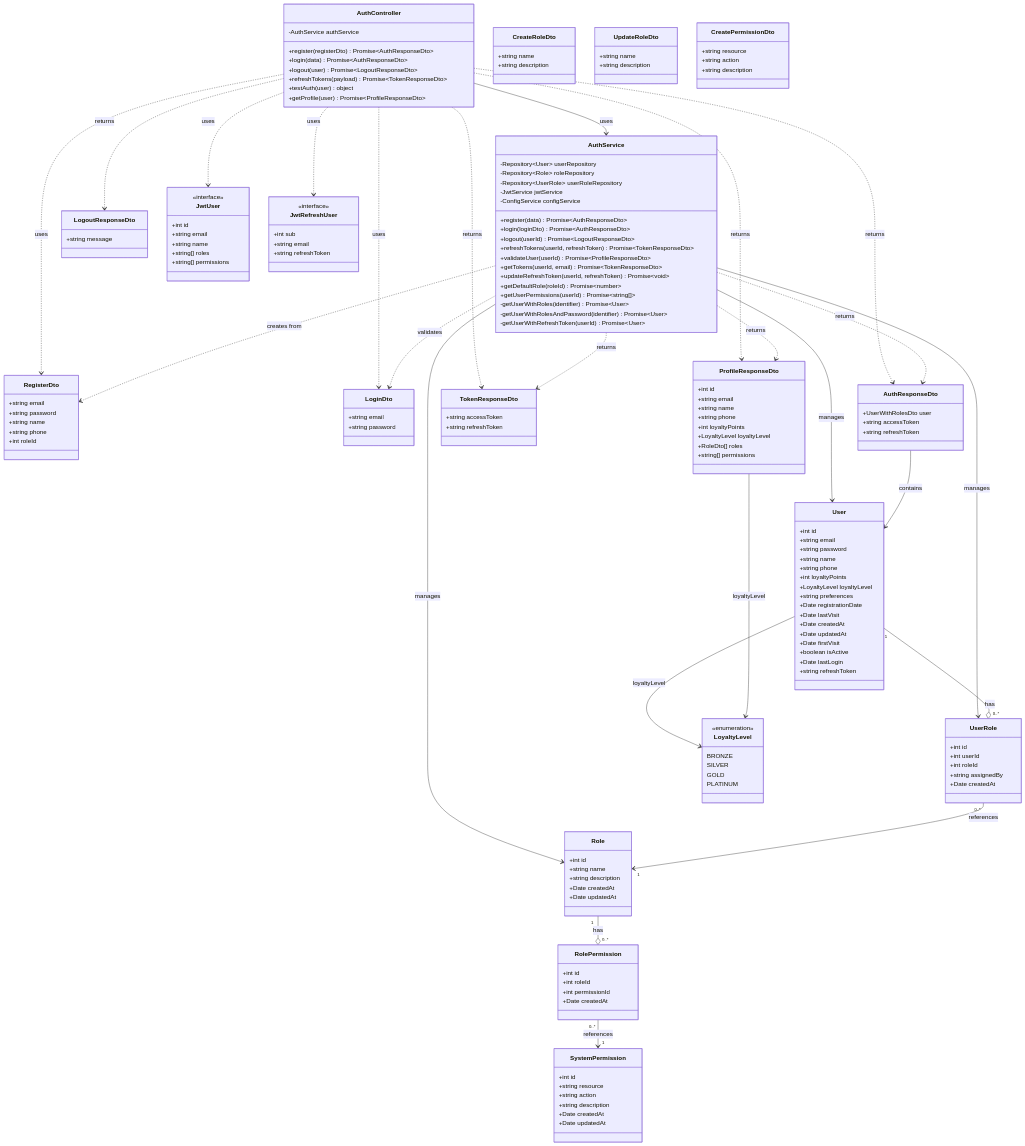
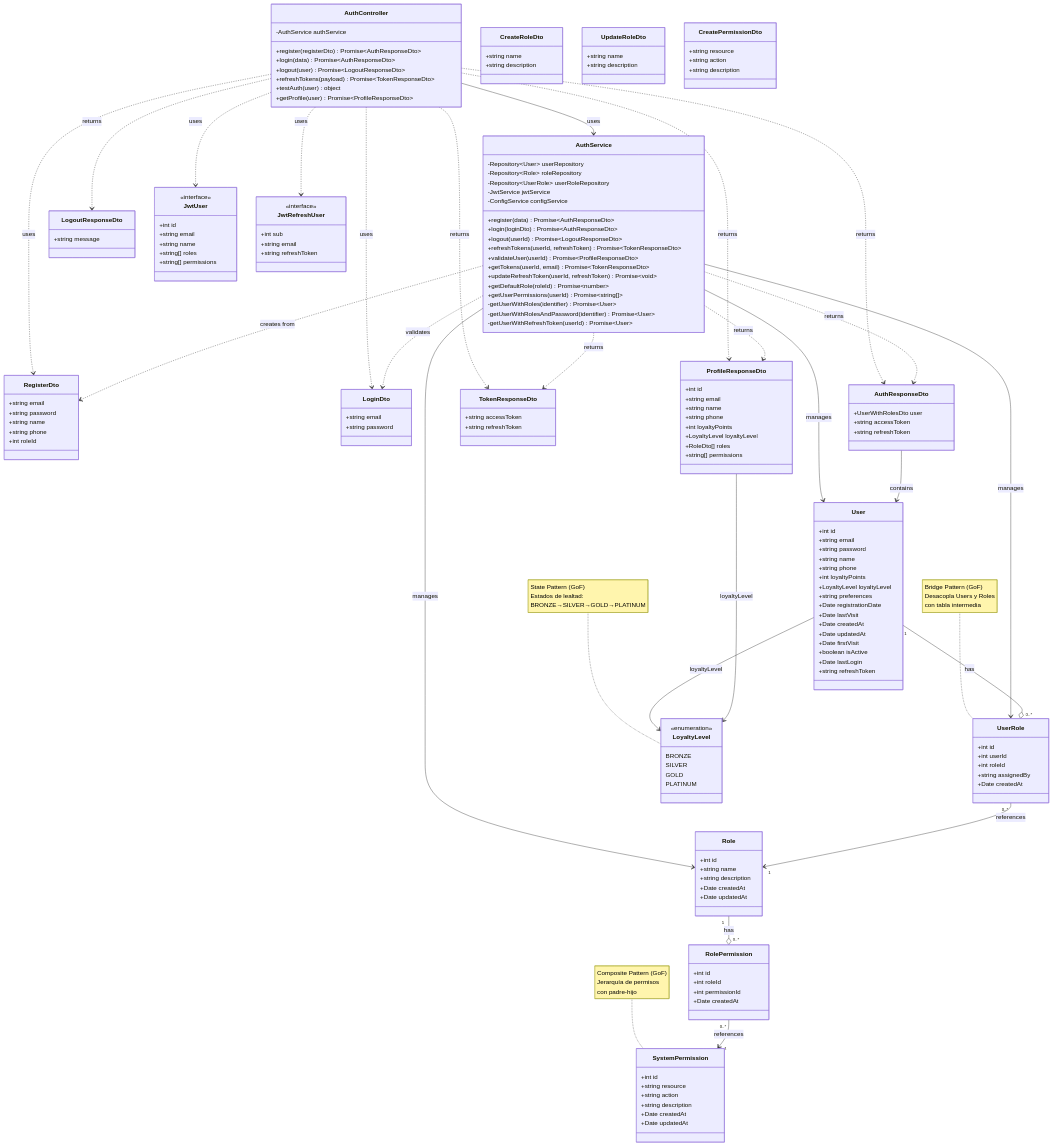
One commit to Nick220505/hotelier-backend changed the diagram in diagrams/auth-class-diagram.md. Above: the diagram before and after it, drawn with Mermaid. The commit also changed 2 other files, not shown here.

Commit message:
Agregar notas de patrones de diseño GoF en los diagramas de clases de autenticación, facturación y reservaciones

````diff
--- a/diagrams/auth-class-diagram.md
+++ b/diagrams/auth-class-diagram.md
@@ -196,4 +196,9 @@
     
     AuthResponseDto --> User : contains
     ProfileResponseDto --> LoyaltyLevel : loyaltyLevel
+    
+    %% Notas de Patrones GoF
+    note for UserRole "Bridge Pattern (GoF)<br/>Desacopla Users y Roles<br/>con tabla intermedia"
+    note for SystemPermission "Composite Pattern (GoF)<br/>Jerarquía de permisos<br/>con padre-hijo"
+    note for LoyaltyLevel "State Pattern (GoF)<br/>Estados de lealtad:<br/>BRONZE→SILVER→GOLD→PLATINUM"
 ```
````
